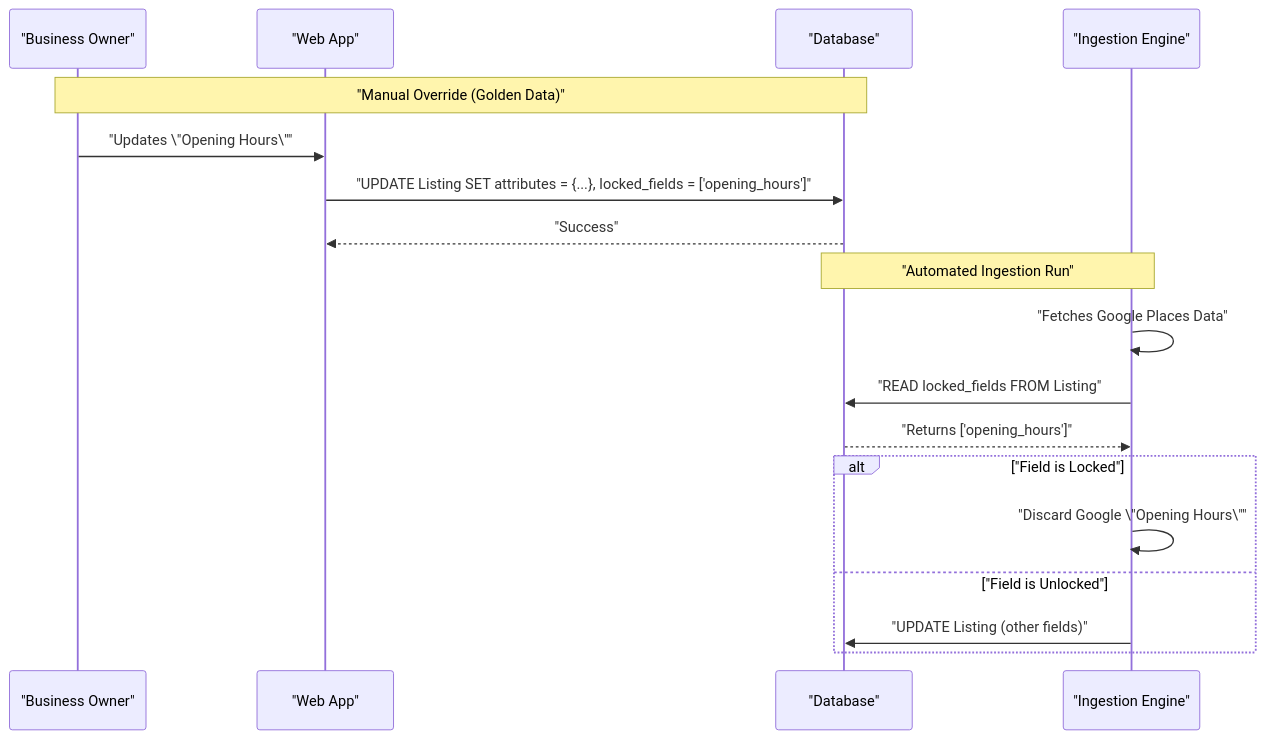
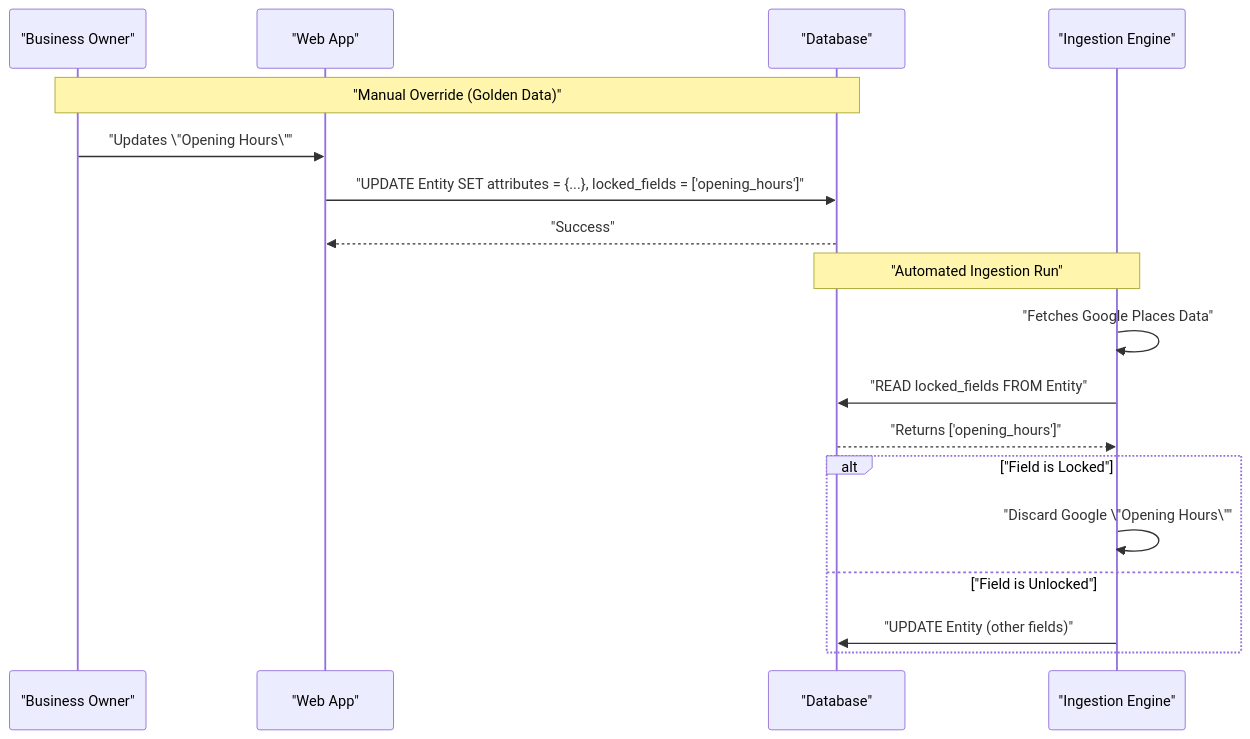
Before and after one commit to LarjGit/edinburgh-finds: the fourth of 4 diagrams in ARCHITECTURE.md, drawn with Mermaid. The commit also changed other lines of this file and 1 other file, not shown here.

````diff
--- a/ARCHITECTURE.md
+++ b/ARCHITECTURE.md
@@ -776,23 +779,23 @@
 ```mermaid
 sequenceDiagram
     participant Owner as "Business Owner"
     participant Web as "Web App"
     participant DB as "Database"
     participant Engine as "Ingestion Engine"
 
     Note over Owner, DB: "Manual Override (Golden Data)"
     Owner->>Web: "Updates \"Opening Hours\""
-    Web->>DB: "UPDATE Listing SET attributes = {...}, locked_fields = ['opening_hours']"
+    Web->>DB: "UPDATE Entity SET attributes = {...}, locked_fields = ['opening_hours']"
     DB-->>Web: "Success"
 
     Note over Engine, DB: "Automated Ingestion Run"
     Engine->>Engine: "Fetches Google Places Data"
-    Engine->>DB: "READ locked_fields FROM Listing"
+    Engine->>DB: "READ locked_fields FROM Entity"
     DB-->>Engine: "Returns ['opening_hours']"
     
     alt "Field is Locked"
         Engine->>Engine: "Discard Google \"Opening Hours\""
     else "Field is Unlocked"
-        Engine->>DB: "UPDATE Listing (other fields)"
+        Engine->>DB: "UPDATE Entity (other fields)"
     end
 ```
````
